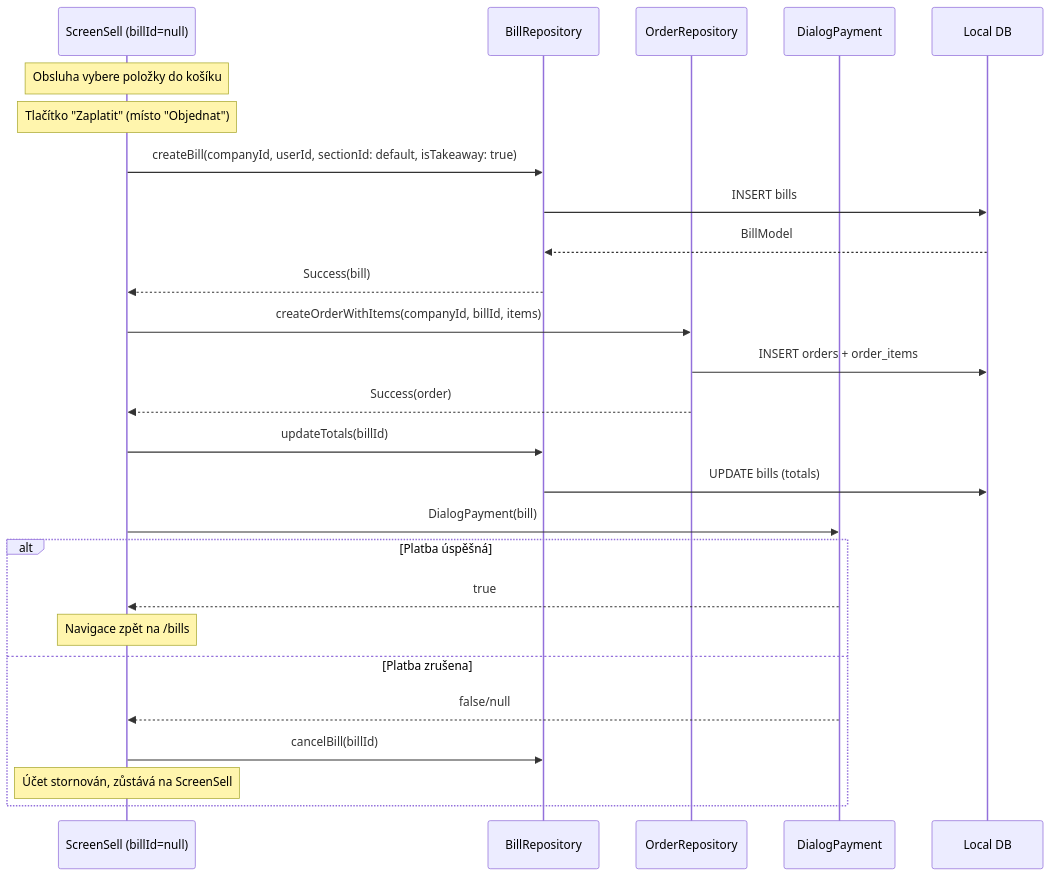
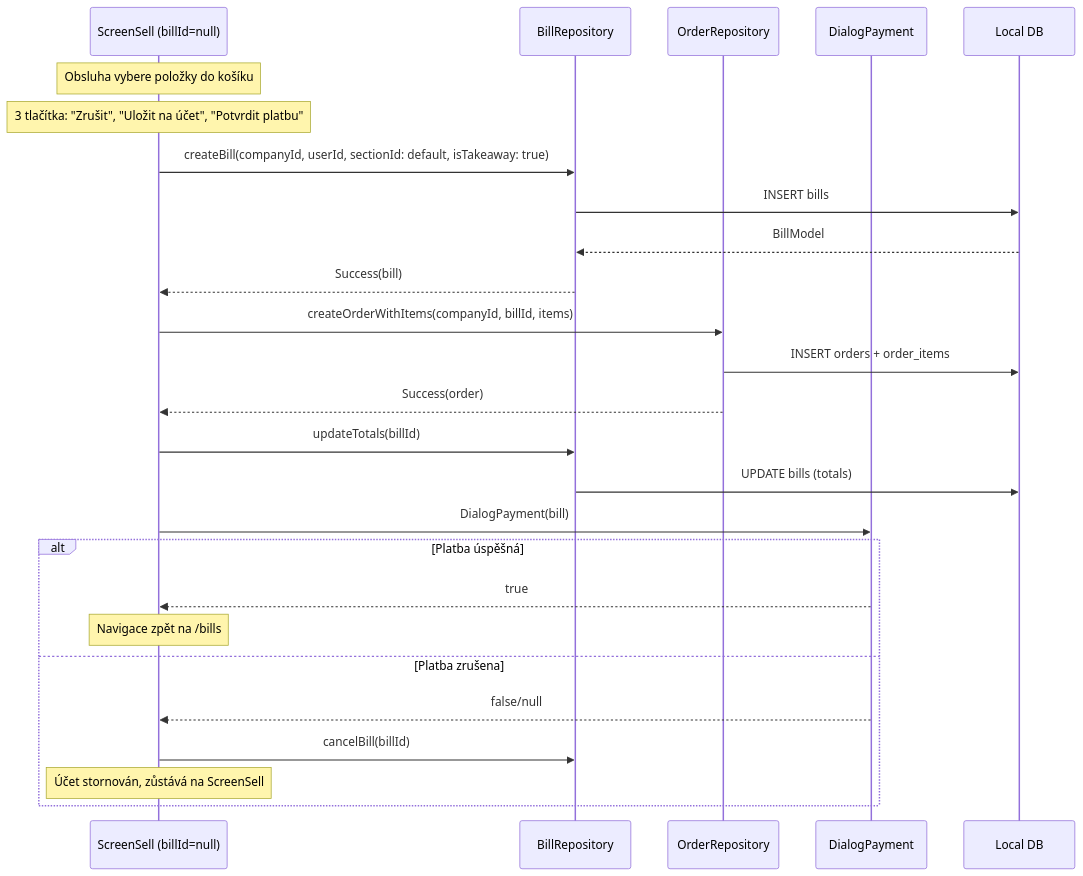
Before and after one commit to Tomakas/deskpos: the seventh of 12 diagrams in PROJECT.md, drawn with Mermaid. The commit also changed other lines of this file, not shown here.

````diff
--- a/PROJECT.md
+++ b/PROJECT.md
@@ -1581,33 +1583,33 @@
 ```mermaid
 sequenceDiagram
     participant UI as ScreenSell (billId=null)
     participant BR as BillRepository
     participant OR as OrderRepository
     participant PAY as DialogPayment
     participant DB as Local DB
 
     Note over UI: Obsluha vybere položky do košíku
-    Note over UI: Tlačítko "Zaplatit" (místo "Objednat")
+    Note over UI: 3 tlačítka: "Zrušit", "Uložit na účet", "Potvrdit platbu"
 
     UI->>BR: createBill(companyId, userId, sectionId: default, isTakeaway: true)
     BR->>DB: INSERT bills
     DB-->>BR: BillModel
     BR-->>UI: Success(bill)
 
     UI->>OR: createOrderWithItems(companyId, billId, items)
     OR->>DB: INSERT orders + order_items
     OR-->>UI: Success(order)
 
     UI->>BR: updateTotals(billId)
     BR->>DB: UPDATE bills (totals)
 
     UI->>PAY: DialogPayment(bill)
     alt Platba úspěšná
         PAY-->>UI: true
         Note over UI: Navigace zpět na /bills
     else Platba zrušena
         PAY-->>UI: false/null
         UI->>BR: cancelBill(billId)
         Note over UI: Účet stornován, zůstává na ScreenSell
     end
 ```
````
